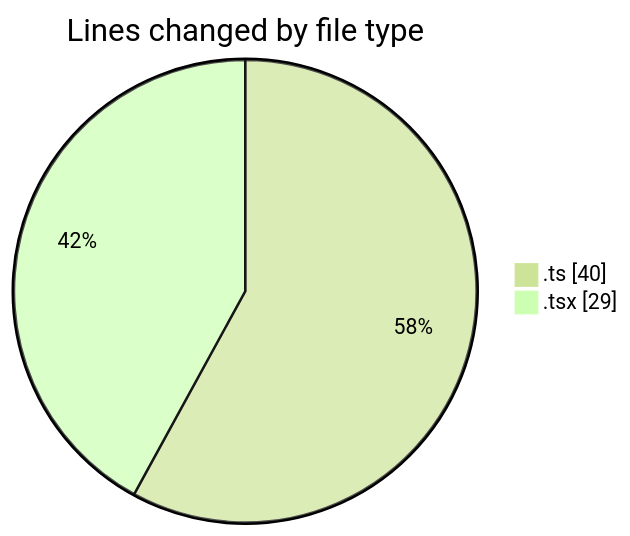
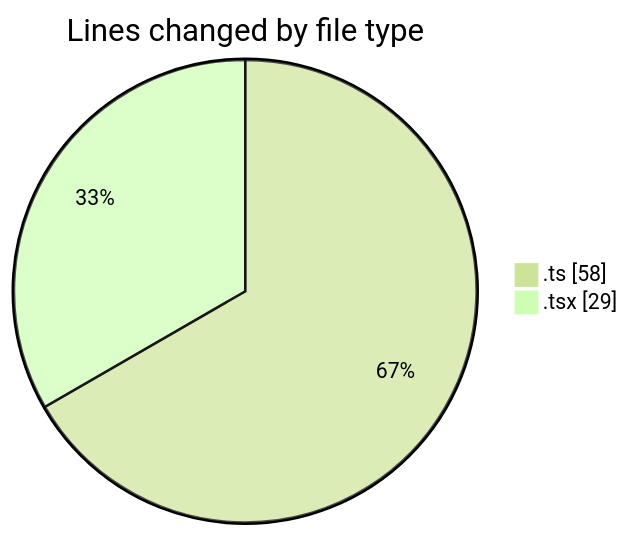
Before and after one commit to momahboobian/code-tracking: the first of 2 diagrams in 2026-02-19/cda/README.md, drawn with Mermaid (forest theme). The commit also changed other lines of this file and 1 other file, not shown here.

````diff
--- a/2026-02-19/cda/README.md
+++ b/2026-02-19/cda/README.md
@@ -21,6 +21,6 @@
 ```mermaid
 pie showData
 title Lines changed by file type
-".ts" : 40
+".ts" : 58
 ".tsx" : 29
 ```
````
